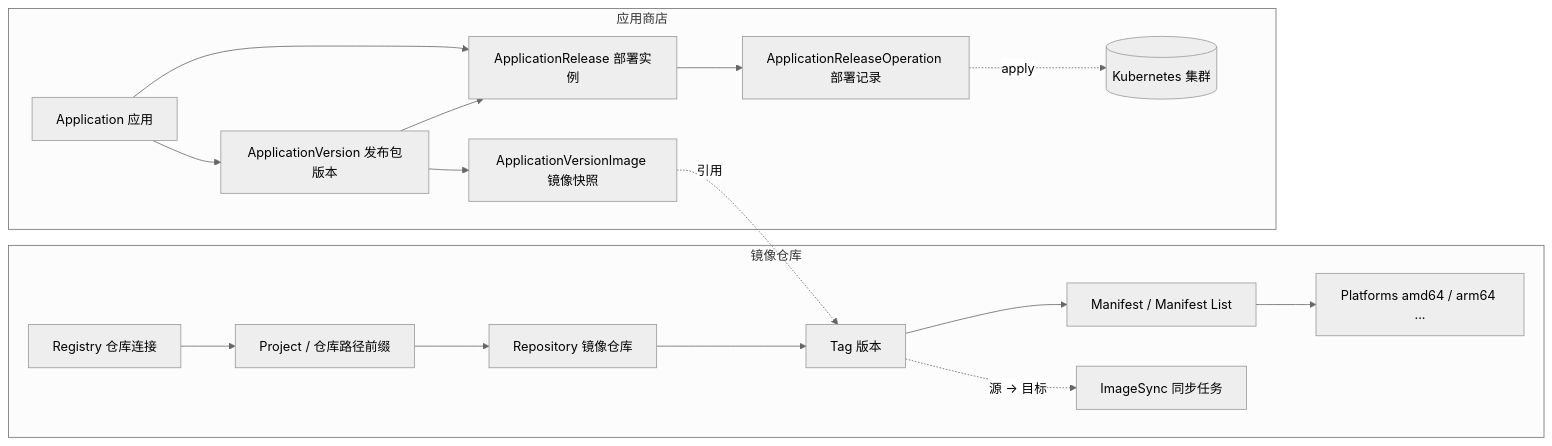
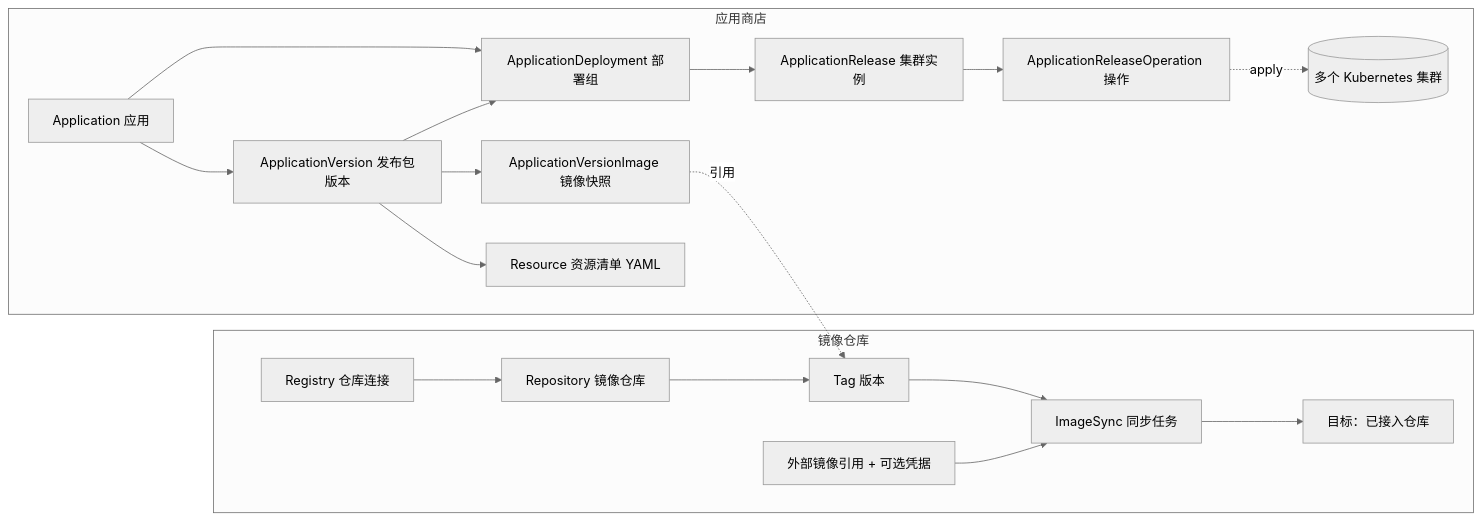
Before and after one commit to aide-family/moon: the first of 4 diagrams in docs/private-cloud-design.md, drawn with Mermaid (neutral theme). The commit also changed other lines of this file and 22 other files, not shown here.

````diff
--- a/docs/private-cloud-design.md
+++ b/docs/private-cloud-design.md
@@ -83,28 +99,31 @@
 ```mermaid
 flowchart LR
   subgraph Registry[镜像仓库]
     R[Registry 仓库连接]
-    P[Project / 仓库路径前缀]
     Repo[Repository 镜像仓库]
     Tag[Tag 版本]
-    Index[Manifest / Manifest List]
-    Plat[Platforms amd64 / arm64 ...]
     Sync[ImageSync 同步任务]
-    R --> P --> Repo --> Tag --> Index --> Plat
-    Tag -. 源 → 目标 .-> Sync
+    Ext[外部镜像引用 + 可选凭据]
+    Ext --> Sync
+    R --> Repo --> Tag --> Sync
+    Sync --> Target[目标：已接入仓库]
   end
 
   subgraph Store[应用商店]
     App[Application 应用]
     Ver[ApplicationVersion 发布包版本]
+    Res[Resource 资源清单 YAML]
     Img[ApplicationVersionImage 镜像快照]
-    Rel[ApplicationRelease 部署实例]
-    Op[ApplicationReleaseOperation 部署记录]
+    Dep[ApplicationDeployment 部署组]
+    Rel[ApplicationRelease 集群实例]
+    Op[ApplicationReleaseOperation 操作]
     App --> Ver
+    Ver --> Res
     Ver --> Img
+    App --> Dep
+    Ver --> Dep
+    Dep --> Rel --> Op
     Img -. 引用 .-> Tag
-    App --> Rel --> Op
-    Ver --> Rel
-    Op -. apply .-> K8s[(Kubernetes 集群)]
+    Op -. apply .-> K8s[(多个 Kubernetes 集群)]
   end
 ```
````
